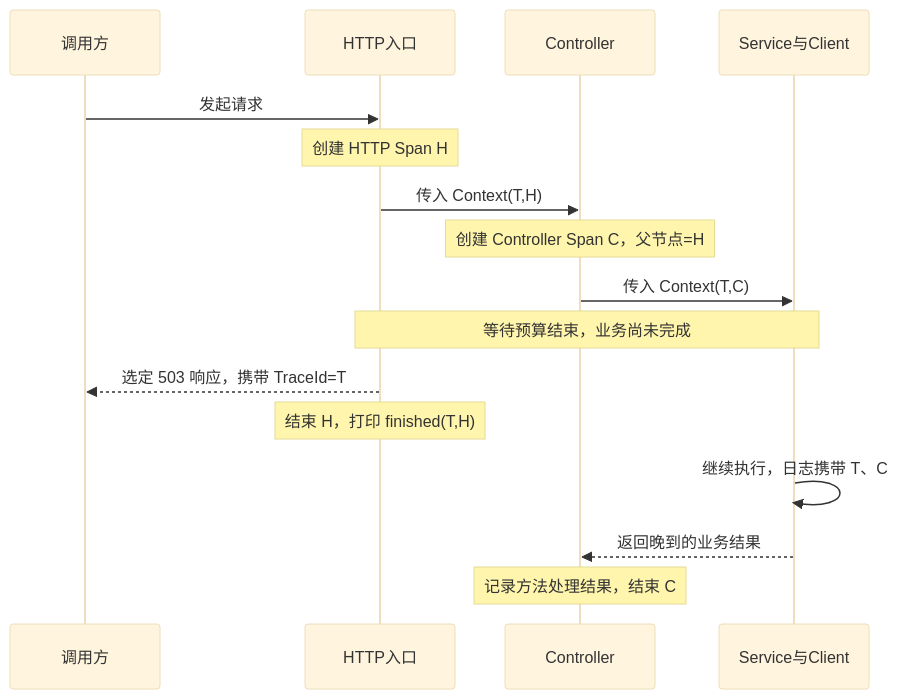
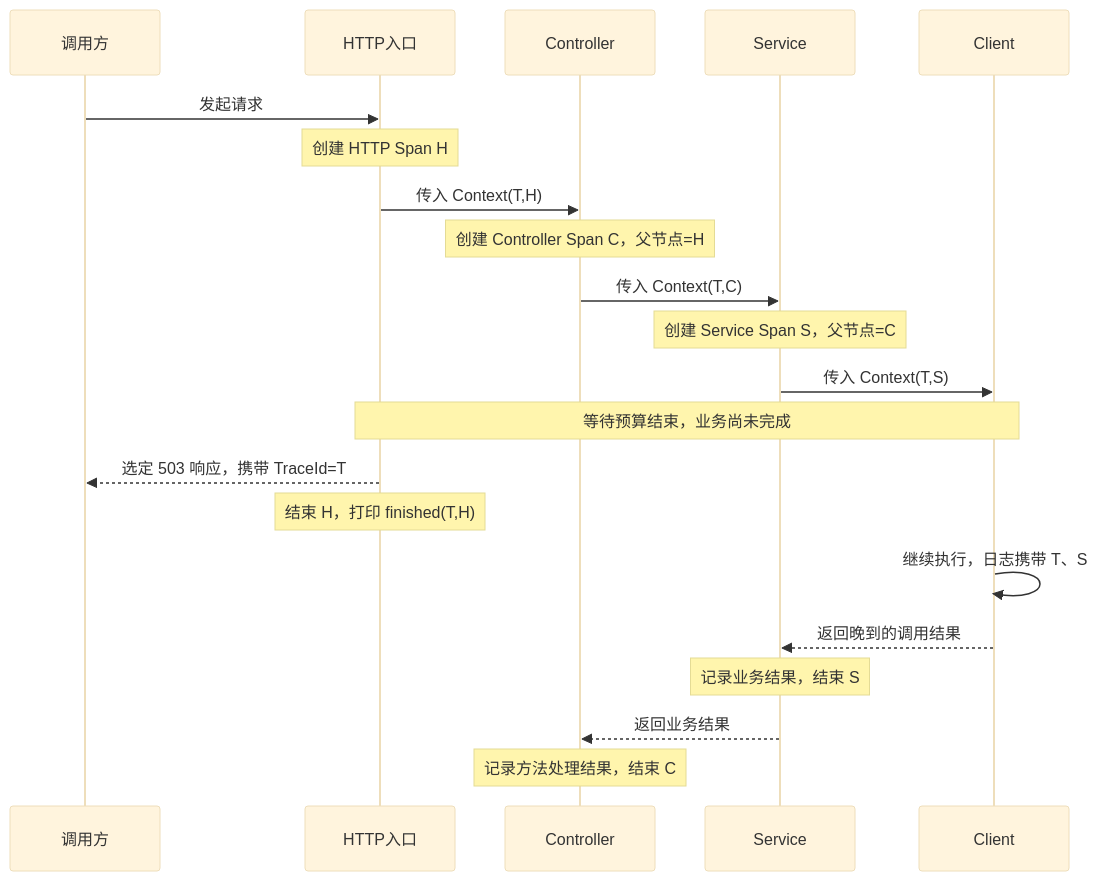
The second of 2 diagrams in specifications/application/application-log.md (icecream154/go-service-template), drawn with Mermaid (base theme) before and after one commit. The commit also changed other lines of this file and 4 other files, not shown here.

Commit message:
feat: add service span

````diff
--- a/specifications/application/application-log.md
+++ b/specifications/application/application-log.md
@@ -393,18 +430,23 @@
 ```mermaid
 sequenceDiagram
     participant U as 调用方
     participant H as HTTP入口
     participant C as Controller
-    participant B as Service与Client
+    participant S as Service
+    participant B as Client
     U->>H: 发起请求
     Note over H: 创建 HTTP Span H
     H->>C: 传入 Context(T,H)
     Note over C: 创建 Controller Span C，父节点=H
-    C->>B: 传入 Context(T,C)
+    C->>S: 传入 Context(T,C)
+    Note over S: 创建 Service Span S，父节点=C
+    S->>B: 传入 Context(T,S)
     Note over H,B: 等待预算结束，业务尚未完成
     H-->>U: 选定 503 响应，携带 TraceId=T
     Note over H: 结束 H，打印 finished(T,H)
-    B->>B: 继续执行，日志携带 T、C
-    B-->>C: 返回晚到的业务结果
+    B->>B: 继续执行，日志携带 T、S
+    B-->>S: 返回晚到的调用结果
+    Note over S: 记录业务结果，结束 S
+    S-->>C: 返回业务结果
     Note over C: 记录方法处理结果，结束 C
 ```
````
